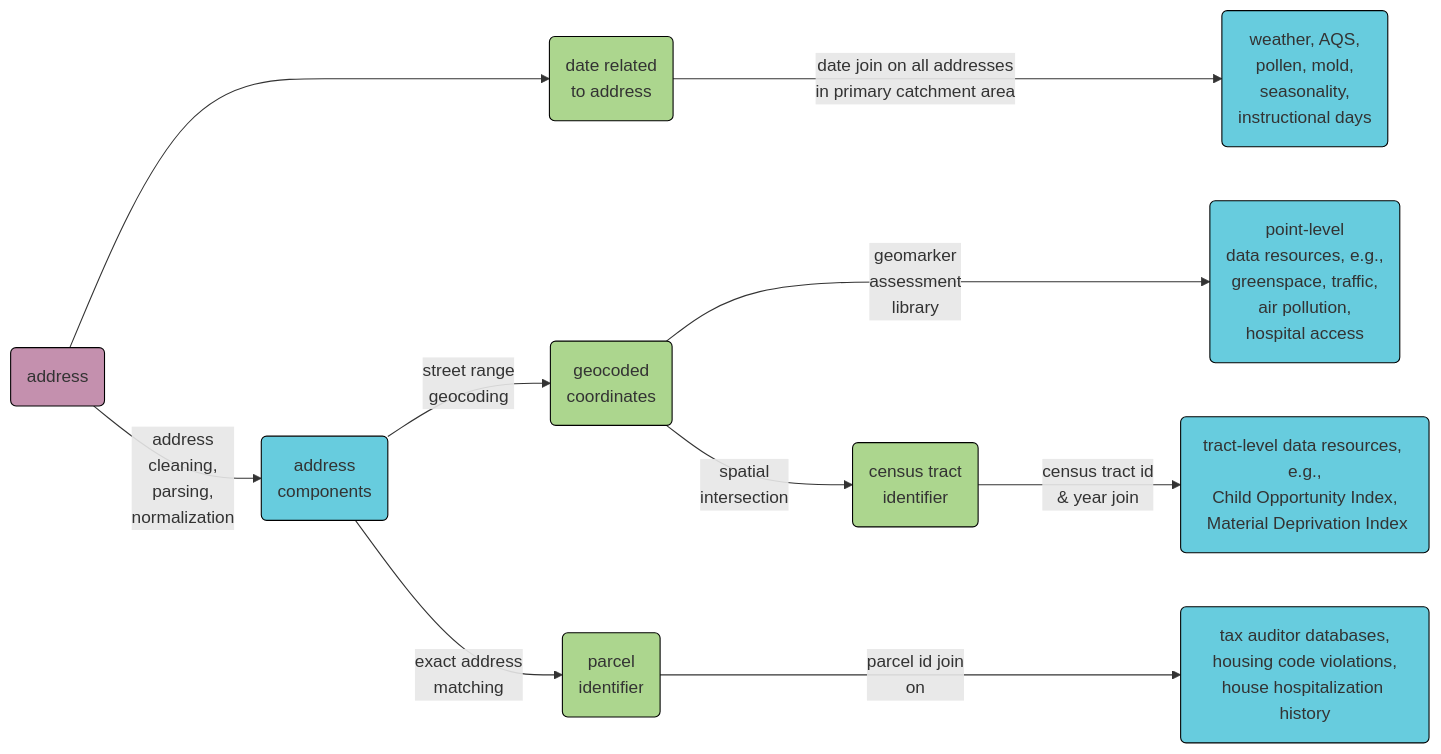
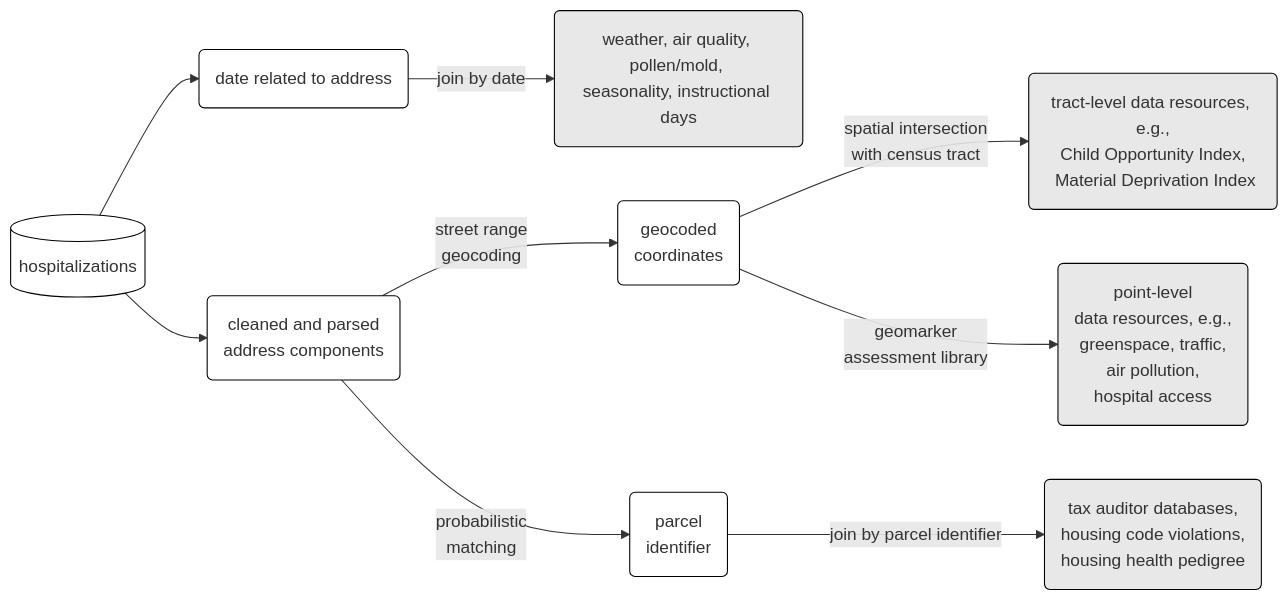
The diagram in README.md (geomarker-io/riseup_geomarker_pipeline), drawn with Mermaid before and after one commit. The commit also changed 12 other files, not shown here.

First line of the commit message:
updated external data and improved parcel matching (#41)

````diff
--- a/README.md
+++ b/README.md
@@ -5,27 +5,30 @@
 ```mermaid
 %%{init: { "fontFamily": "arial" } }%%
 
 graph LR
 
-classDef id fill:#acd68e,stroke:#000,stroke-width:1px;
-classDef input fill:#c490ae,stroke:#000,stroke-width:1px;
-classDef tool fill:#e8e8e8,stroke:#000,stroke-width:1px,stroke-dasharray: 5 2;
-classDef data fill:#67ccde,stroke:#000,stroke-width:1px;
+classDef id fill:#fff,stroke:#000,stroke-width:1px;
+classDef input fill:#fff,stroke:#000,stroke-width:1px;
+classDef data fill:#e8e8e8,stroke:#000,stroke-width:1px;
 
-address(address):::input
+hosp[(hospitalizations)]:::input
+hosp --> date(date related to address):::id
+hosp -->  address(cleaned and parsed \naddress components):::input
 
-address ---> date(date related \nto address):::id
-date --date join on all addresses \nin primary catchment area---> shared_exposure_series(weather, AQS,\npollen, mold,\nseasonality,\ninstructional days):::data
+daily("weather, air quality, pollen/mold, \nseasonality, instructional days"):::data
 
-address --address \ncleaning, \nparsing, \nnormalization--> clean_address(address \ncomponents):::data
+date --join by date --> daily
 
-clean_address --street range \ngeocoding--> geocode(geocoded \ncoordinates):::id
-clean_address --exact address\nmatching--> parcel(parcel \nidentifier):::id
+address --street range \ngeocoding--> geocode(geocoded \ncoordinates):::id
+address --probabilistic \nmatching--> parcel(parcel \nidentifier):::id
 
-geocode --geomarker \n assessment \n library---> pd(point-level \ndata resources, e.g.,\n greenspace, traffic,\n air pollution, \nhospital access):::data
+pd(point-level \ndata resources, e.g.,\n greenspace, traffic,\n air pollution, \nhospital access):::data
 
-geocode --spatial \nintersection--> ct(census tract \nidentifier):::id
-ct --census tract id \n & year join --> tract_data(tract-level data resources, e.g.,\nChild Opportunity Index,\n Material Deprivation Index):::data
 
-parcel --parcel id join \n on ---> parcel_data(tax auditor databases,\nhousing code violations,\nhouse hospitalization history):::data
+tract_data(tract-level data resources, e.g.,\nChild Opportunity Index,\n Material Deprivation Index):::data
+geocode --spatial intersection \nwith census tract --> tract_data
+geocode -- geomarker \nassessment library --> pd
+
+parcel_data(tax auditor databases,\nhousing code violations,\nhousing health pedigree):::data
+parcel --join by parcel identifier--> parcel_data
 ```
````
